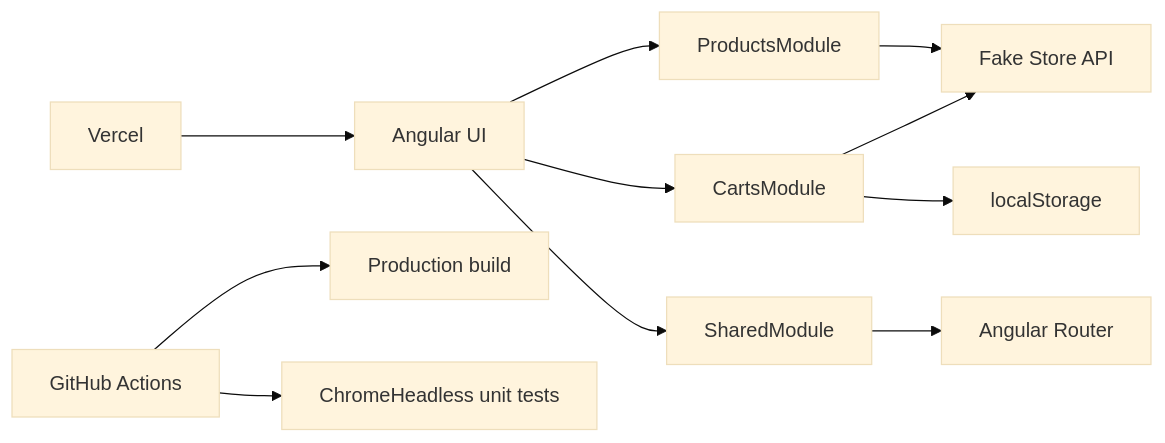
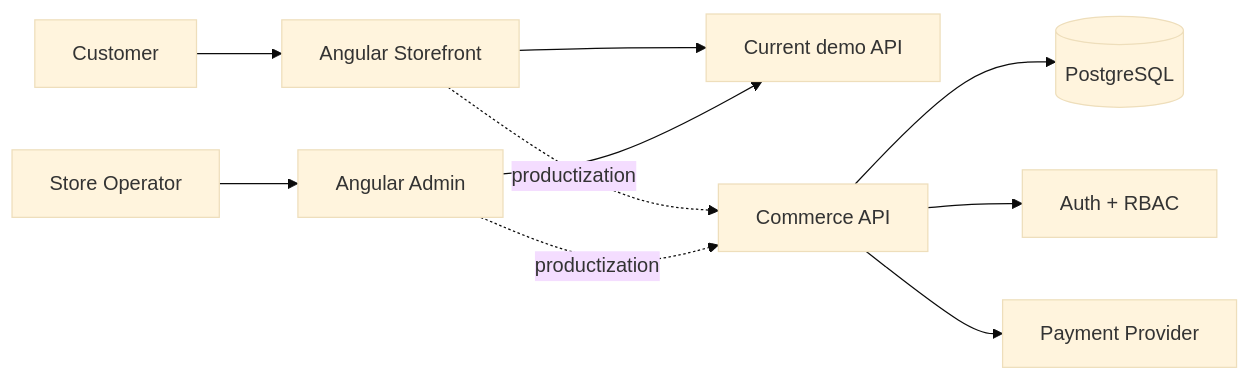
The diagram in README.md (SamirNexus/Market), drawn with Mermaid (base theme) before and after one commit. The commit also changed other lines of this file and 183 other files, not shown here.

Commit message:
Consolidate storefront and admin into commerce suite

````diff
--- a/README.md
+++ b/README.md
@@ -65,15 +92,13 @@
 ```mermaid
 flowchart LR
-  UI[Angular UI] --> Products[ProductsModule]
-  UI --> Cart[CartsModule]
-  UI --> Shared[SharedModule]
+  Customer[Customer] --> Storefront[Angular Storefront]
+  Operator[Store Operator] --> Admin[Angular Admin]
+  Storefront --> CurrentAPI[Current demo API]
+  Admin --> CurrentAPI
 
-  Products --> API[Fake Store API]
-  Cart --> Storage[localStorage]
-  Cart --> API
-  Shared --> Router[Angular Router]
-
-  CI[GitHub Actions] --> Build[Production build]
-  CI --> Tests[ChromeHeadless unit tests]
-  Deploy[Vercel] --> UI
+  Storefront -. productization .-> CommerceAPI[Commerce API]
+  Admin -. productization .-> CommerceAPI
+  CommerceAPI --> Database[(PostgreSQL)]
+  CommerceAPI --> Auth[Auth + RBAC]
+  CommerceAPI --> Payments[Payment Provider]
 ```
````
